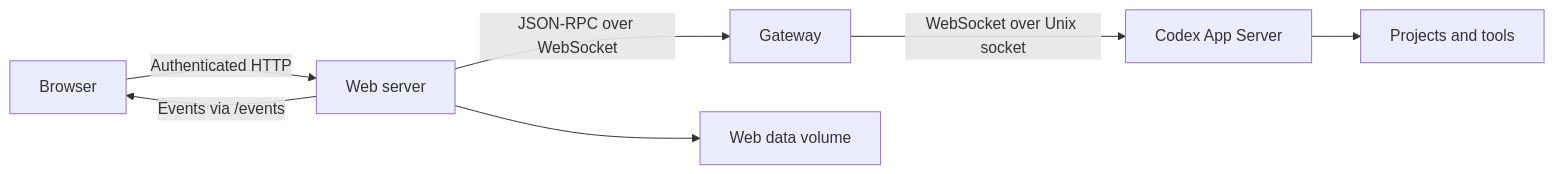
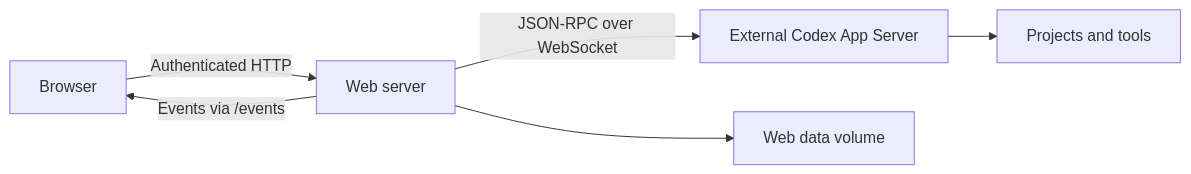
One commit to Tweak90/codex-viewport changed the diagram in docs/architecture.md. Above: the diagram before and after it, drawn with Mermaid. The commit also changed other lines of this file and 69 other files, not shown here.

````diff
--- a/docs/architecture.md
+++ b/docs/architecture.md
@@ -7,9 +7,8 @@
 ```mermaid
 flowchart LR
     B[Browser] -->|Authenticated HTTP| W[Web server]
     W -->|Events via /events| B
-    W -->|JSON-RPC over WebSocket| G[Gateway]
-    G -->|WebSocket over Unix socket| C[Codex App Server]
+    W -->|JSON-RPC over WebSocket| C[External Codex App Server]
     C --> F[Projects and tools]
     W --> D[Web data volume]
 ```
````
